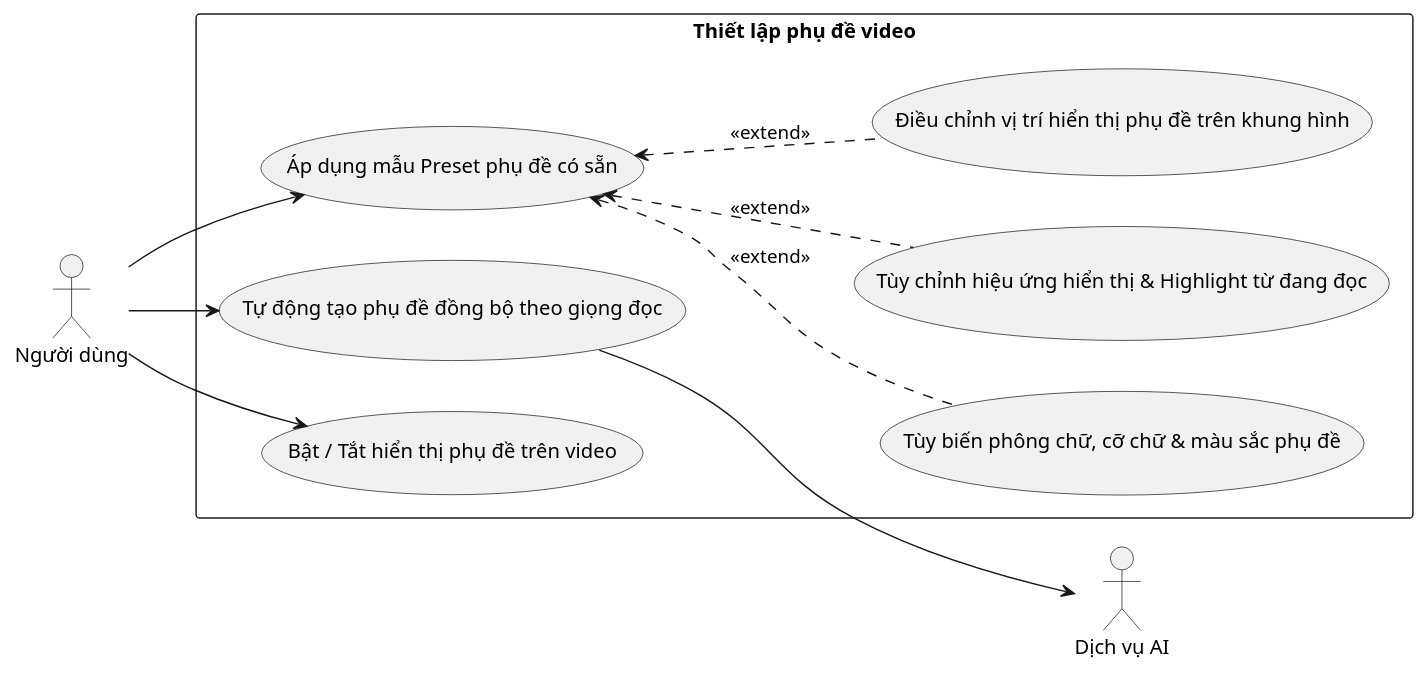
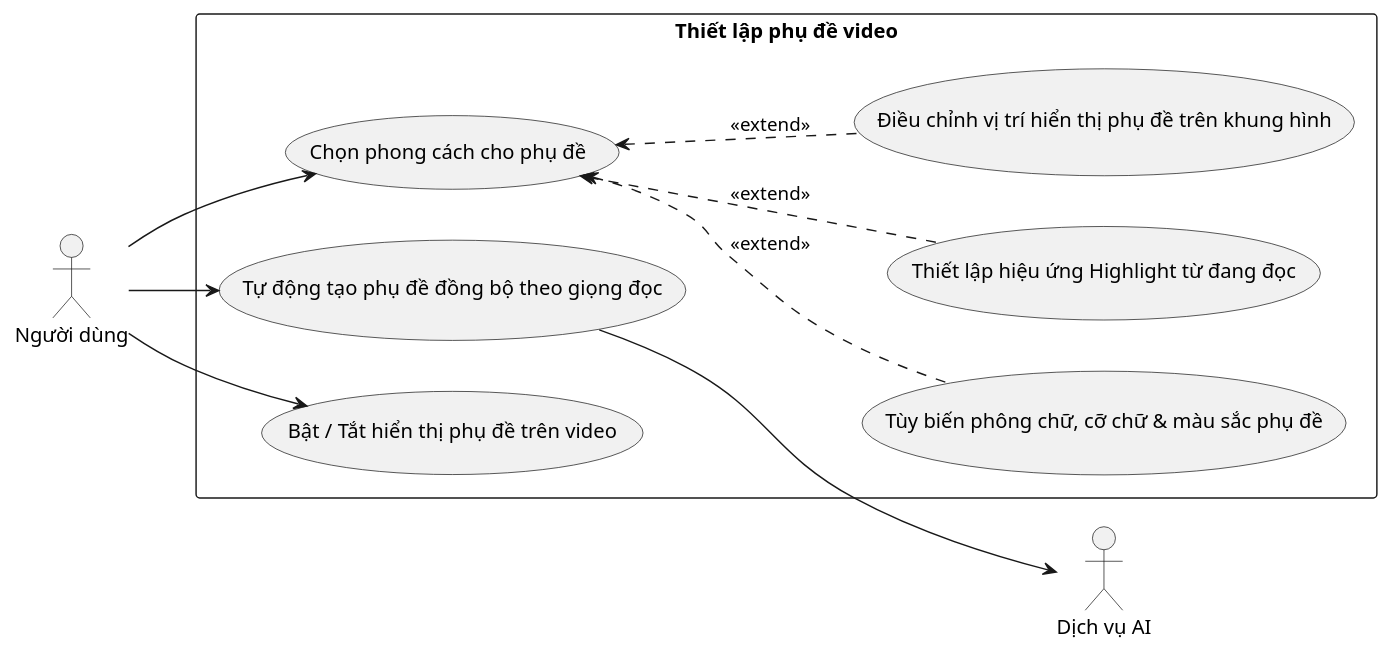
The diagram in docs/bieu-do-uc/bieu-do-uc-chi-tiet/make/dung-va-xuat-video/thiet-lap-phu-de-video.puml (202416852-anhpv/story2video-docs), drawn with PlantUML before and after one commit.

Commit message:
sua ten uc

```diff
--- a/docs/bieu-do-uc/bieu-do-uc-chi-tiet/make/dung-va-xuat-video/thiet-lap-phu-de-video.puml
+++ b/docs/bieu-do-uc/bieu-do-uc-chi-tiet/make/dung-va-xuat-video/thiet-lap-phu-de-video.puml
@@ -1,26 +1,26 @@
 @startuml thiet-lap-phu-de-video
 left to right direction
 
 actor "Người dùng" as User
 actor "Dịch vụ AI" as AI_Service
 
 rectangle "Thiết lập phụ đề video" {
     usecase "Tự động tạo phụ đề đồng bộ theo giọng đọc" as UC_01
     usecase "Bật / Tắt hiển thị phụ đề trên video" as UC_02
-    usecase "Áp dụng mẫu Preset phụ đề có sẵn" as UC_03
+    usecase "Chọn phong cách cho phụ đề" as UC_03
     usecase "Tùy biến phông chữ, cỡ chữ & màu sắc phụ đề" as UC_04
-    usecase "Tùy chỉnh hiệu ứng hiển thị & Highlight từ đang đọc" as UC_05
+    usecase "Thiết lập hiệu ứng Highlight từ đang đọc" as UC_05
     usecase "Điều chỉnh vị trí hiển thị phụ đề trên khung hình" as UC_06
 }
 
 User --> UC_01
 User --> UC_02
 User --> UC_03
 
 UC_01 --> AI_Service
 
 UC_03 <.. UC_04 : <<extend>>
 UC_03 <.. UC_05 : <<extend>>
 UC_03 <.. UC_06 : <<extend>>
 
 @enduml
```
